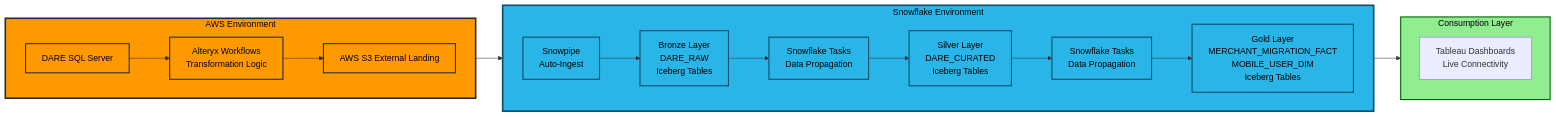
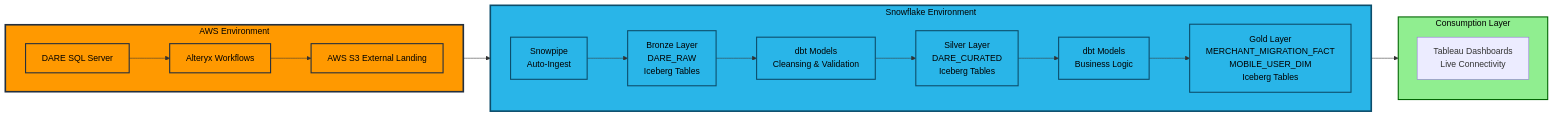
Diagram 12 of 19 in 15-BB-QPD Future State/QPD - Future State.md (sfc-gh-mhindi/REPO_CBA), drawn with Mermaid before and after one commit. The commit also changed other lines of this file, not shown here.

````diff
--- a/15-BB-QPD Future State/QPD - Future State.md
+++ b/15-BB-QPD Future State/QPD - Future State.md
@@ -1495,49 +1302,49 @@
 ```mermaid
 graph LR
     subgraph AWS["AWS Environment"]
         direction LR
         Source[DARE SQL Server]
-        Alteryx[Alteryx Workflows<br/>Transformation Logic]
+        Alteryx[Alteryx Workflows]
         S3[AWS S3 External Landing]
         
         Source --> Alteryx
         Alteryx --> S3
     end
     
     subgraph Snowflake["Snowflake Environment"]
         direction LR
         Snowpipe[Snowpipe<br/>Auto-Ingest]
         Bronze[Bronze Layer<br/>DARE_RAW<br/>Iceberg Tables]
-        Tasks_Silver[Snowflake Tasks<br/>Data Propagation]
+        dbt_silver[dbt Models<br/>Cleansing & Validation]
         Silver[Silver Layer<br/>DARE_CURATED<br/>Iceberg Tables]
-        Tasks_Gold[Snowflake Tasks<br/>Data Propagation]
+        dbt_gold[dbt Models<br/>Business Logic]
         Gold[Gold Layer<br/>MERCHANT_MIGRATION_FACT<br/>MOBILE_USER_DIM<br/>Iceberg Tables]
         
         Snowpipe --> Bronze
-        Bronze --> Tasks_Silver
-        Tasks_Silver --> Silver
-        Silver --> Tasks_Gold
-        Tasks_Gold --> Gold
+        Bronze --> dbt_silver
+        dbt_silver --> Silver
+        Silver --> dbt_gold
+        dbt_gold --> Gold
     end
     
     subgraph Consumption["Consumption Layer"]
         direction TB
         Tableau[Tableau Dashboards<br/>Live Connectivity]
     end
     
     S3 --> Snowpipe
     Gold --> Tableau
     
     style AWS fill:#ff9900,stroke:#232f3e,stroke-width:3px,color:#000
     style Snowflake fill:#29b5e8,stroke:#0c4d6b,stroke-width:3px,color:#000
     style Consumption fill:#90ee90,stroke:#006400,stroke-width:2px,color:#000
     style Source fill:#ff9900,stroke:#232f3e,stroke-width:2px,color:#000
     style Alteryx fill:#ff9900,stroke:#232f3e,stroke-width:2px,color:#000
     style S3 fill:#ff9900,stroke:#232f3e,stroke-width:2px,color:#000
     style Snowpipe fill:#29b5e8,stroke:#0c4d6b,stroke-width:2px,color:#000
     style Bronze fill:#29b5e8,stroke:#0c4d6b,stroke-width:2px,color:#000
-    style Tasks_Silver fill:#29b5e8,stroke:#0c4d6b,stroke-width:2px,color:#000
+    style dbt_silver fill:#29b5e8,stroke:#0c4d6b,stroke-width:2px,color:#000
     style Silver fill:#29b5e8,stroke:#0c4d6b,stroke-width:2px,color:#000
-    style Tasks_Gold fill:#29b5e8,stroke:#0c4d6b,stroke-width:2px,color:#000
+    style dbt_gold fill:#29b5e8,stroke:#0c4d6b,stroke-width:2px,color:#000
     style Gold fill:#29b5e8,stroke:#0c4d6b,stroke-width:2px,color:#000
 ```
````
